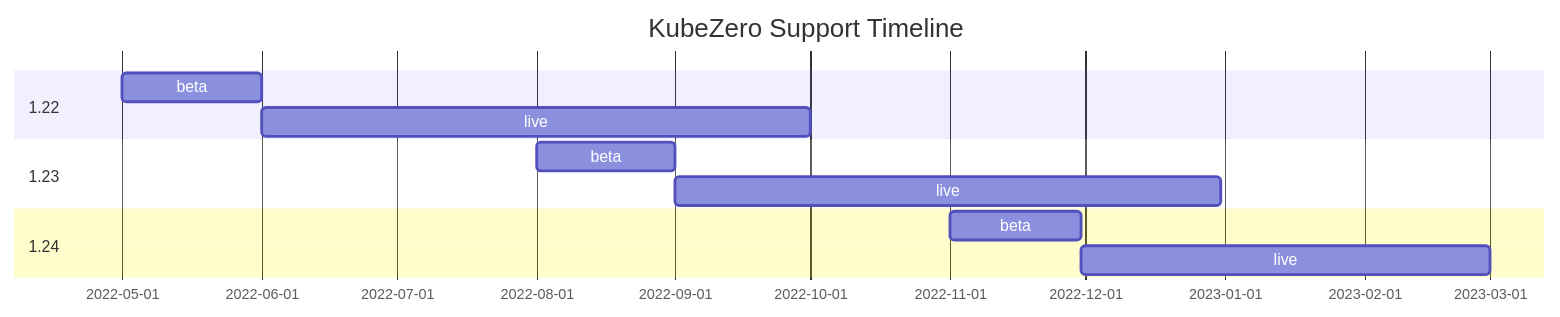
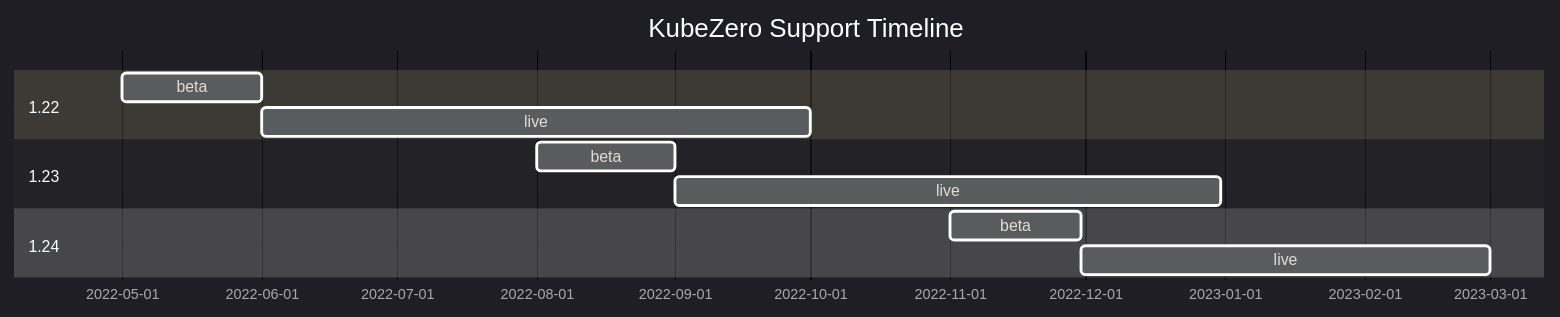
Before and after one commit to Zero-Down-Time/kubezero: the diagram in README.md, drawn with Mermaid.

Commit message:
chore: test mermaid theme

````diff
--- a/README.md
+++ b/README.md
@@ -26,14 +26,15 @@
 ```mermaid
+%%{init: {'theme':'dark'}}%%
 gantt
     title KubeZero Support Timeline
     dateFormat  YYYY-MM-DD
     section 1.22
     beta     :122b, 2022-05-01, 2022-06-01
     live     :after 122b, 2022-10-01
     section 1.23
     beta     :123b, 2022-08-01, 2022-09-01
     live     :after 123b, 2022-12-31
     section 1.24
     beta     :124b, 2022-11-01, 2022-11-30
     live     :after 124b, 2023-03-01
 ```
````
